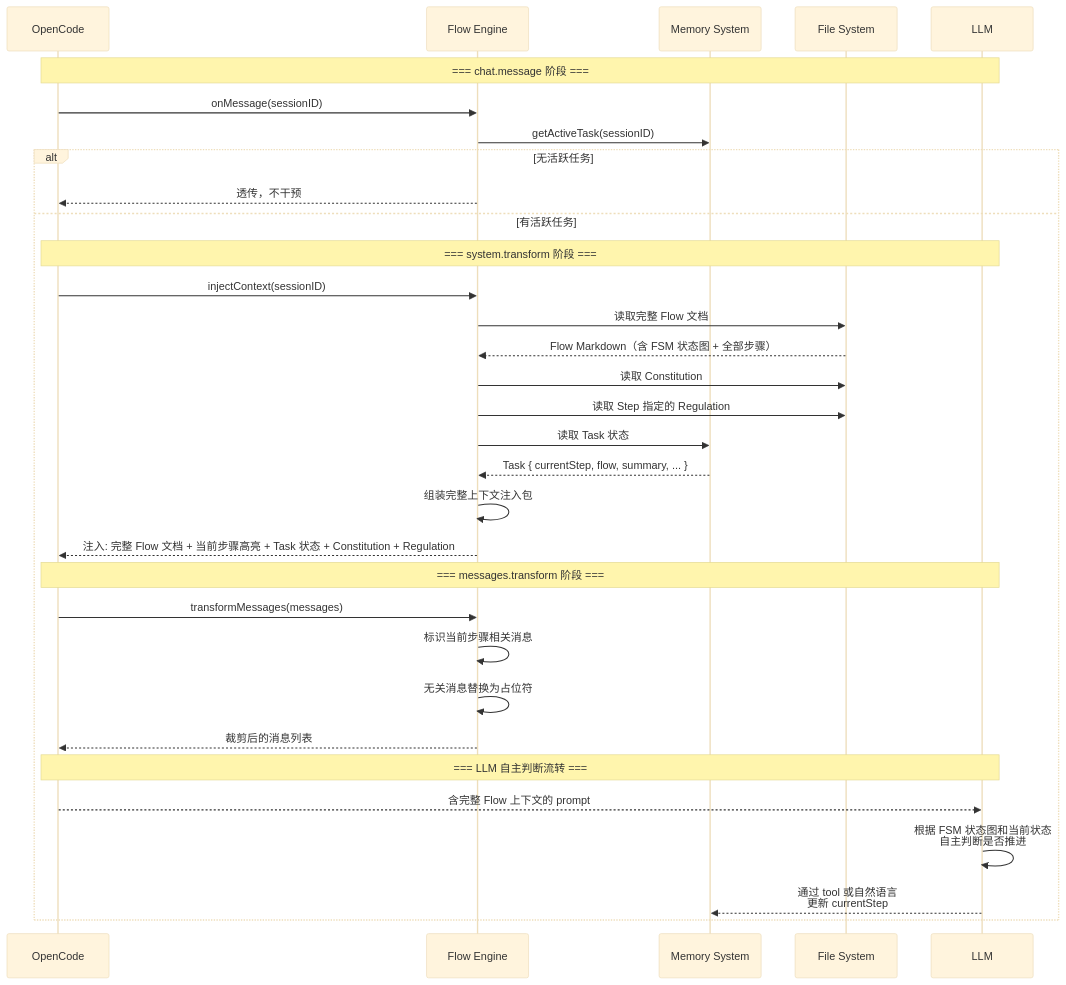
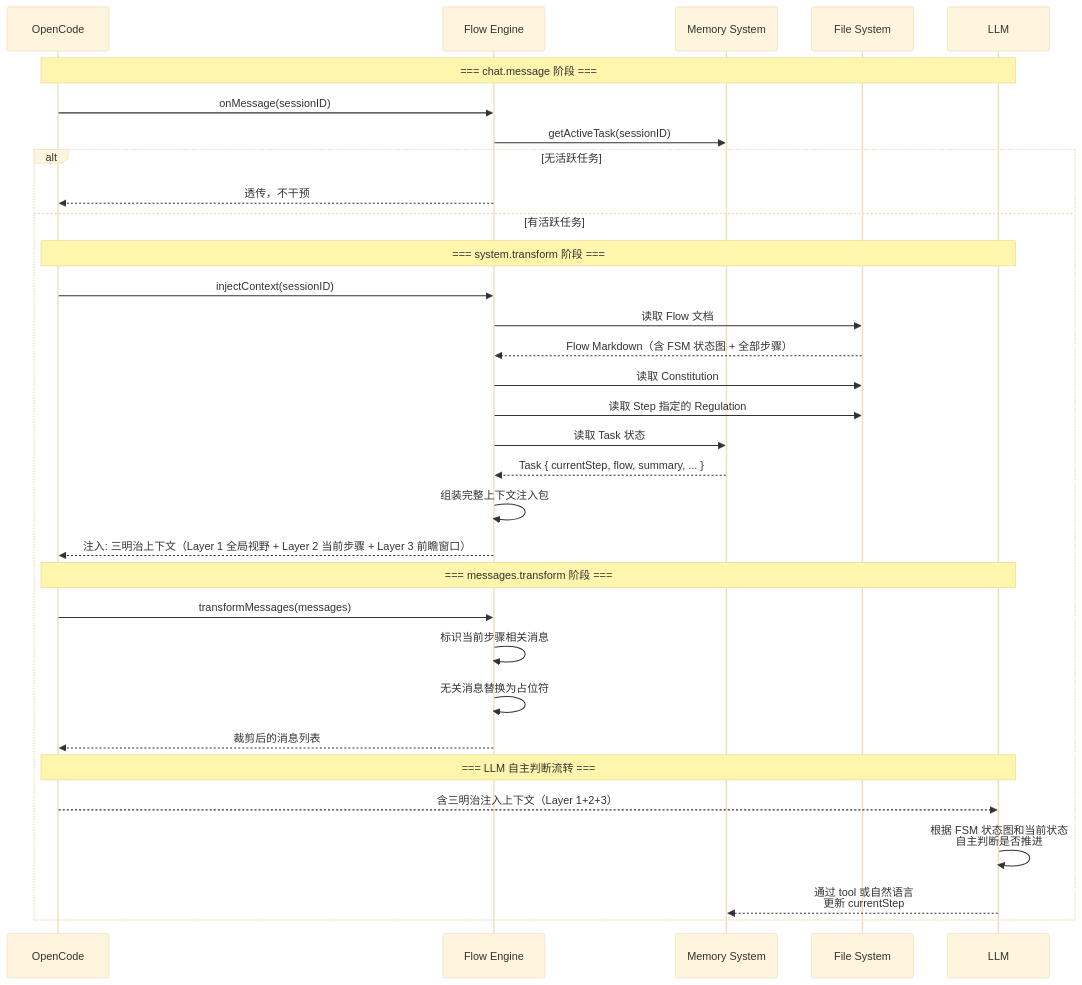
The second of 2 diagrams in docs/spec/vibe-pm-flow-engine.md (hank-cp/opencode-vibe-pm), drawn with Mermaid (base theme) before and after one commit. The commit also changed other lines of this file and 5 other files, not shown here.

````diff
--- a/docs/spec/vibe-pm-flow-engine.md
+++ b/docs/spec/vibe-pm-flow-engine.md
@@ -52,38 +52,38 @@
 ```mermaid
 sequenceDiagram
     participant OC as OpenCode
     participant FE as Flow Engine
     participant Mem as Memory System
     participant FS as File System
     participant LLM as LLM
 
     Note over OC,LLM: === chat.message 阶段 ===
     OC->>FE: onMessage(sessionID)
     FE->>Mem: getActiveTask(sessionID)
     
     alt 无活跃任务
         FE-->>OC: 透传，不干预
     else 有活跃任务
         Note over OC,LLM: === system.transform 阶段 ===
         OC->>FE: injectContext(sessionID)
-        FE->>FS: 读取完整 Flow 文档
+        FE->>FS: 读取 Flow 文档
         FS-->>FE: Flow Markdown（含 FSM 状态图 + 全部步骤）
         FE->>FS: 读取 Constitution
         FE->>FS: 读取 Step 指定的 Regulation
         FE->>Mem: 读取 Task 状态
         Mem-->>FE: Task { currentStep, flow, summary, ... }
         FE->>FE: 组装完整上下文注入包
-        FE-->>OC: 注入: 完整 Flow 文档 + 当前步骤高亮 + Task 状态 + Constitution + Regulation
+        FE-->>OC: 注入: 三明治上下文（Layer 1 全局视野 + Layer 2 当前步骤 + Layer 3 前瞻窗口）
 
         Note over OC,LLM: === messages.transform 阶段 ===
         OC->>FE: transformMessages(messages)
         FE->>FE: 标识当前步骤相关消息
         FE->>FE: 无关消息替换为占位符
         FE-->>OC: 裁剪后的消息列表
 
         Note over OC,LLM: === LLM 自主判断流转 ===
-        OC-->>LLM: 含完整 Flow 上下文的 prompt
+        OC-->>LLM: 含三明治注入上下文（Layer 1+2+3）
         LLM->>LLM: 根据 FSM 状态图和当前状态<br/>自主判断是否推进
         LLM-->>Mem: 通过 tool 或自然语言<br/>更新 currentStep
     end
 ```
````
